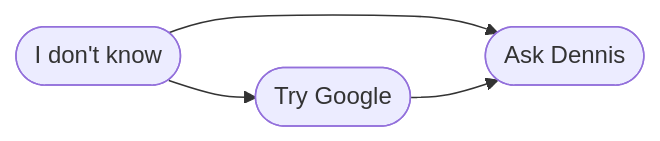
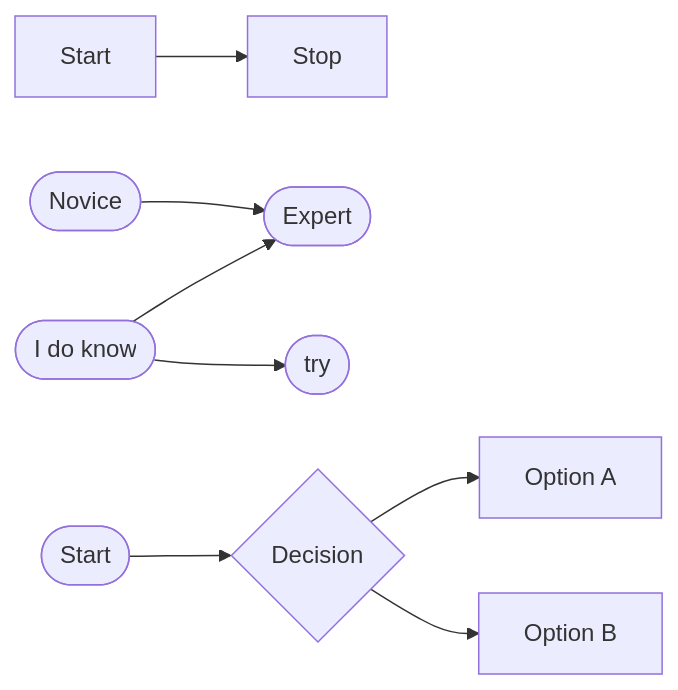
One commit to rlanzafame/test_push_workshop_template changed the first of 4 diagrams in content/lessons/2_nextstep.md. Above: the diagram before and after it, drawn with Mermaid. The commit also changed other lines of this file and 4 other files, not shown here.

````diff
--- a/content/lessons/2_nextstep.md
+++ b/content/lessons/2_nextstep.md
@@ -90,7 +105,11 @@
 ```{mermaid}
 flowchart LR
-  A(["I don't know"])
-  A --> B(["Ask Dennis"])
-  A --> C(["Try Google"])
-  C --> B
+  Start --> Stop
+  A1(["Novice"]) --> B1
+  A2(["I do know"]) --> B2 & B1
+  B1(["Expert"])
+  B2(["try"])
+
+  A(["Start"]) --> B{"Decision"}
+  B --> C["Option A"] & D["Option B"]
 ```
````
